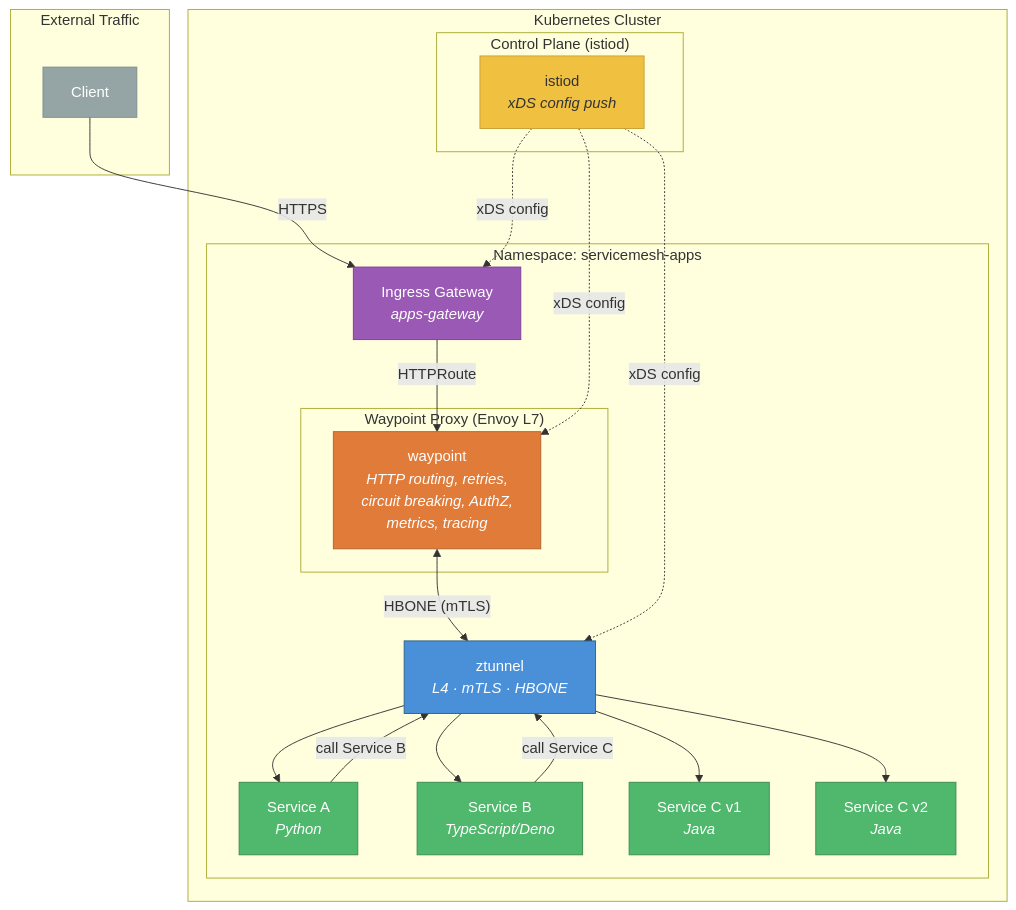
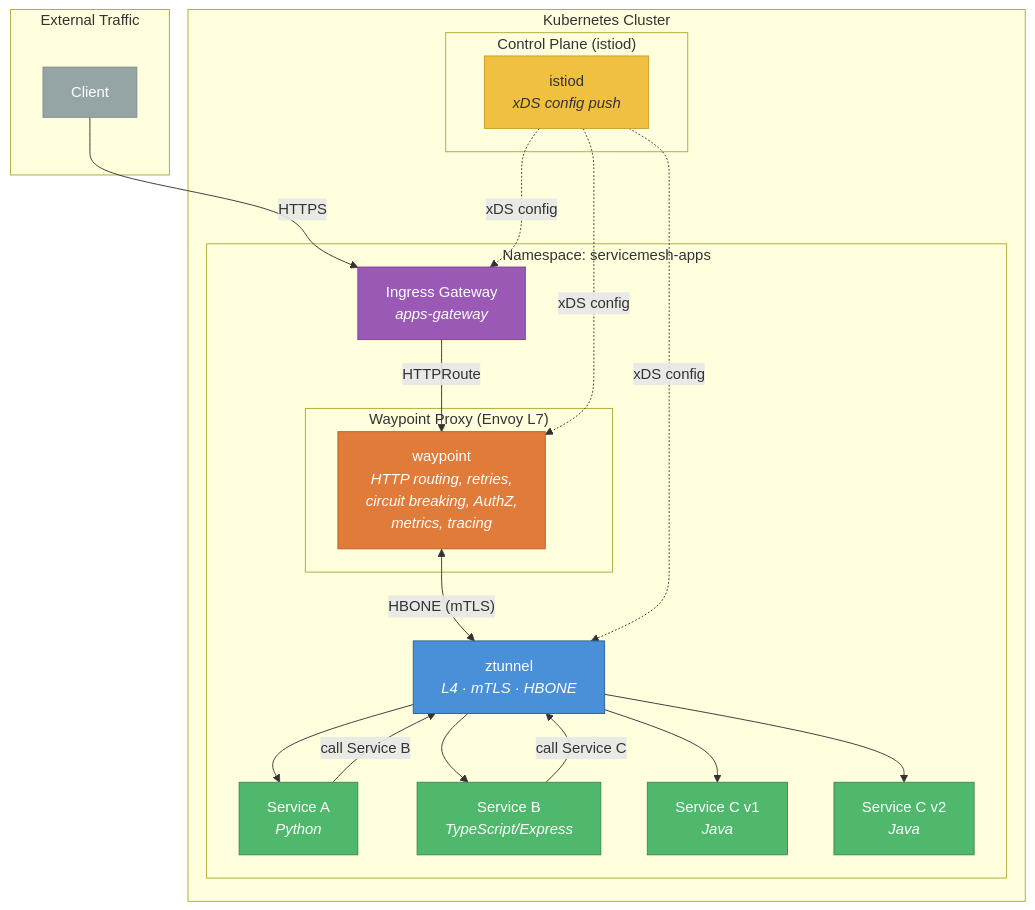
One commit to nikolaus-lemberski/servicemesh-3-demo changed the diagram in docs/diagrams/ambient-mode-waypoint.md. Above: the diagram before and after it, drawn with Mermaid.

Commit message:
diagram correction

````diff
--- a/docs/diagrams/ambient-mode-waypoint.md
+++ b/docs/diagrams/ambient-mode-waypoint.md
@@ -3,58 +3,58 @@
 ```mermaid
 graph TB
     subgraph external["External Traffic"]
         client["Client"]
     end
 
     subgraph cluster["Kubernetes Cluster"]
         subgraph cp["Control Plane (istiod)"]
             istiod["istiod<br/><i>xDS config push</i>"]
         end
 
         subgraph ns["Namespace: servicemesh-apps"]
             gw["Ingress Gateway<br/><i>apps-gateway</i>"]
 
             subgraph wp["Waypoint Proxy (Envoy L7)"]
                 waypoint["waypoint<br/><i>HTTP routing, retries,<br/>circuit breaking, AuthZ,<br/>metrics, tracing</i>"]
             end
 
             ztunnel["ztunnel<br/><i>L4 · mTLS · HBONE</i>"]
             podA["Service A<br/><i>Python</i>"]
-            podB["Service B<br/><i>TypeScript/Deno</i>"]
+            podB["Service B<br/><i>TypeScript/Express</i>"]
             podC1["Service C v1<br/><i>Java</i>"]
             podC2["Service C v2<br/><i>Java</i>"]
         end
     end
 
     client -->|"HTTPS"| gw
     gw -->|"HTTPRoute"| waypoint
 
     waypoint <-->|"HBONE (mTLS)"| ztunnel
 
     ztunnel --> podA
     podA -->|"call Service B"| ztunnel
 
     ztunnel --> podB
     podB -->|"call Service C"| ztunnel
 
     ztunnel --> podC1
     ztunnel --> podC2
 
     istiod -.->|"xDS config"| ztunnel
     istiod -.->|"xDS config"| waypoint
     istiod -.->|"xDS config"| gw
 
     classDef ztunnelStyle fill:#4a90d9,stroke:#2c5f8a,color:#fff
     classDef waypointStyle fill:#e07b39,stroke:#b5612d,color:#fff
     classDef podStyle fill:#50b86c,stroke:#3a8a50,color:#fff
     classDef gwStyle fill:#9b59b6,stroke:#7d3c98,color:#fff
     classDef cpStyle fill:#f0c040,stroke:#c9a030,color:#333
     classDef clientStyle fill:#95a5a6,stroke:#7f8c8d,color:#fff
 
     class ztunnel ztunnelStyle
     class waypoint waypointStyle
     class podA,podB,podC1,podC2 podStyle
     class gw gwStyle
     class istiod cpStyle
     class client clientStyle
 ```
````
